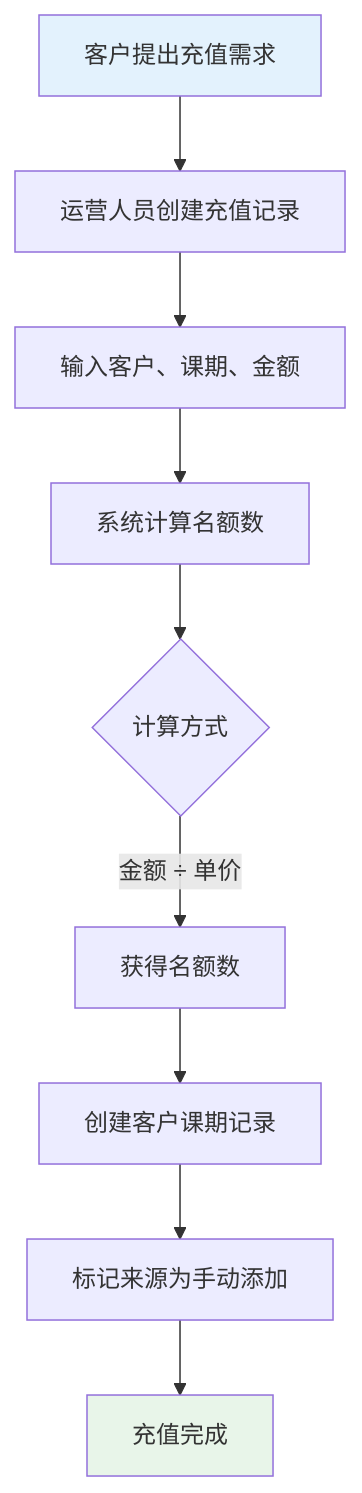
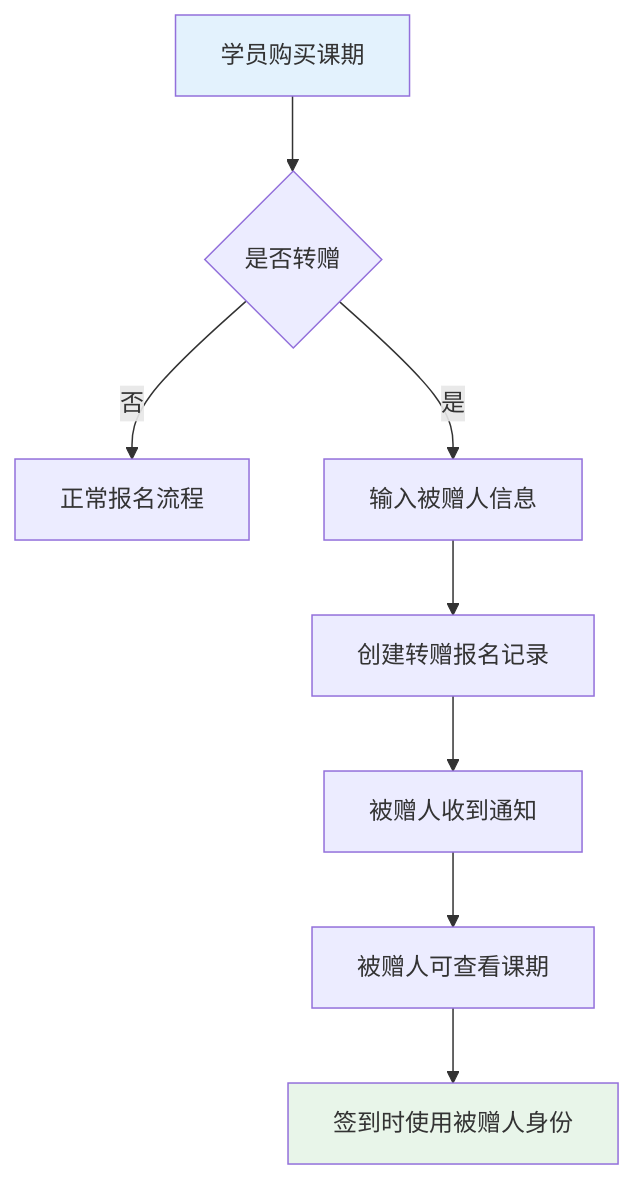
The seventh of 7 diagrams in 课程培训平台/PRD.md (zingxy/side-job), drawn with Mermaid before and after one commit. The commit also changed other lines of this file, not shown here.

````diff
--- a/课程培训平台/PRD.md
+++ b/课程培训平台/PRD.md
@@ -429,14 +560,13 @@
 ```mermaid
 flowchart TD
-    A[客户提出充值需求] --> B[运营人员创建充值记录]
-    B --> C[输入客户、课期、金额]
-    C --> D[系统计算名额数]
-    D --> E{计算方式}
-    E -->|金额 ÷ 单价| F[获得名额数]
-    F --> G[创建客户课期记录]
-    G --> H[标记来源为手动添加]
-    H --> I[充值完成]
+    A[学员购买课期] --> B{是否转赠}
+    B -->|否| C[正常报名流程]
+    B -->|是| D[输入被赠人信息]
+    D --> E[创建转赠报名记录]
+    E --> F[被赠人收到通知]
+    F --> G[被赠人可查看课期]
+    G --> H[签到时使用被赠人身份]
 
     style A fill:#e3f2fd
-    style I fill:#e8f5e9
+    style H fill:#e8f5e9
 ```
````
